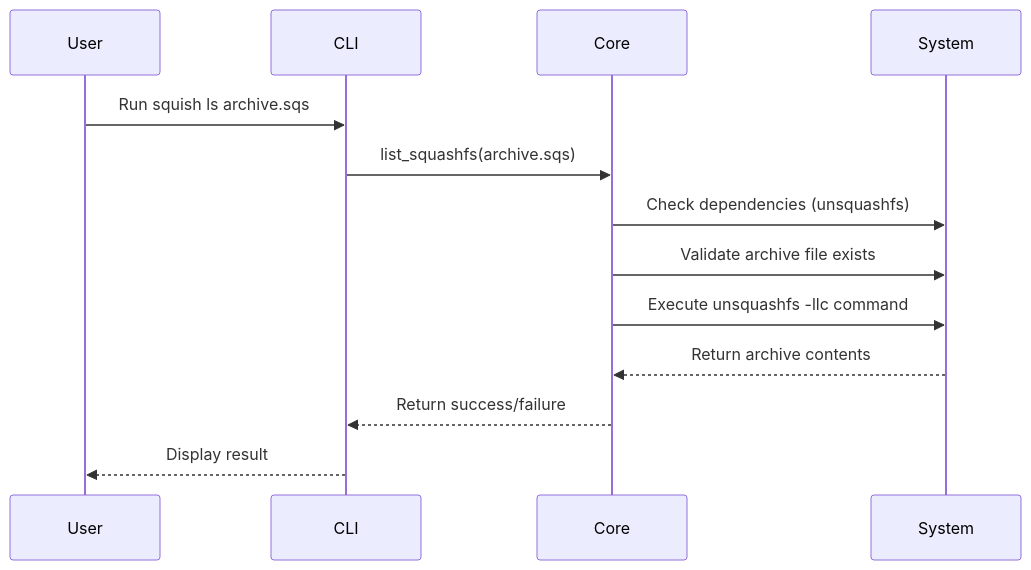
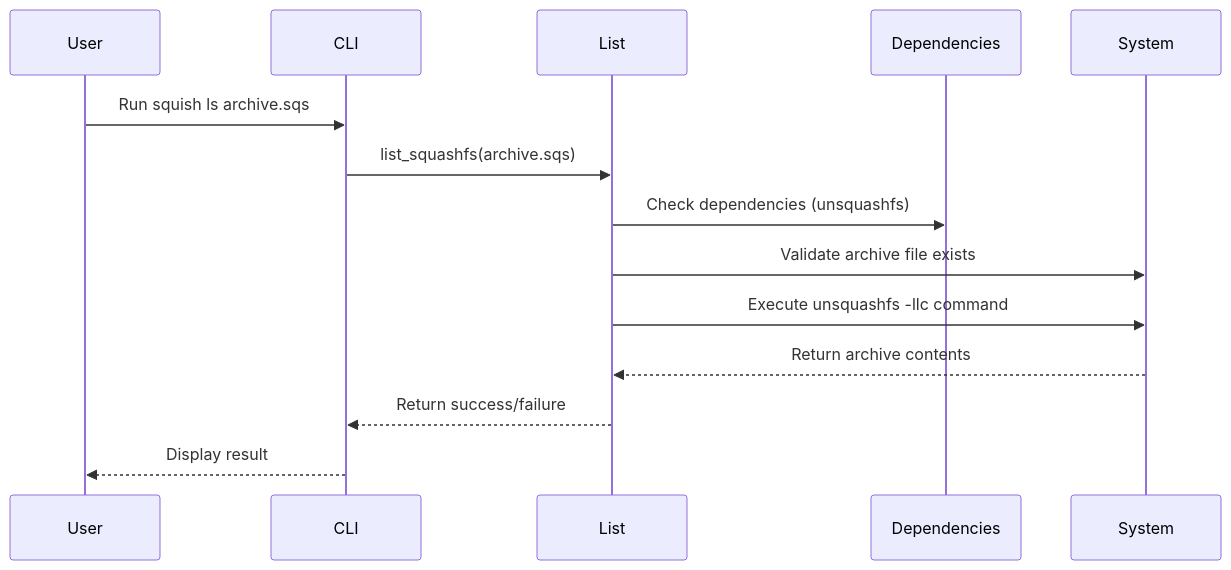
The sixth of 9 diagrams in DESIGN.md (WombatFromHell/squashfs-archive-helper), drawn with Mermaid before and after one commit. The commit also changed other lines of this file and 26 other files, not shown here.

````diff
--- a/DESIGN.md
+++ b/DESIGN.md
@@ -262,16 +321,17 @@
 ```mermaid
 sequenceDiagram
     participant User
     participant CLI
-    participant Core
+    participant List
+    participant Dependencies
     participant System
 
     User->>CLI: Run squish ls archive.sqs
-    CLI->>Core: list_squashfs(archive.sqs)
-    Core->>System: Check dependencies (unsquashfs)
-    Core->>System: Validate archive file exists
-    Core->>System: Execute unsquashfs -llc command
-    System-->>Core: Return archive contents
-    Core-->>CLI: Return success/failure
+    CLI->>List: list_squashfs(archive.sqs)
+    List->>Dependencies: Check dependencies (unsquashfs)
+    List->>System: Validate archive file exists
+    List->>System: Execute unsquashfs -llc command
+    System-->>List: Return archive contents
+    List-->>CLI: Return success/failure
     CLI-->>User: Display result
 ```
````
